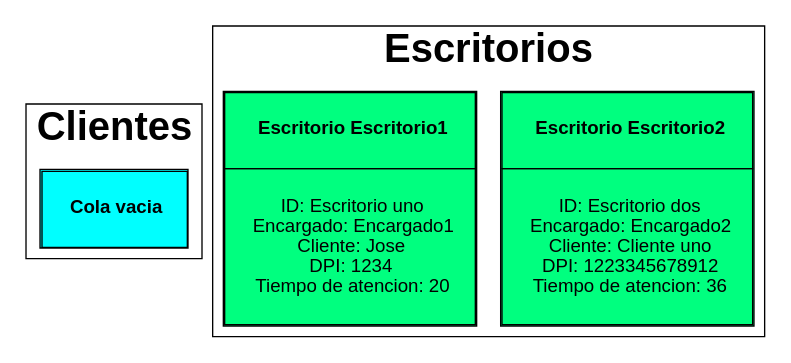
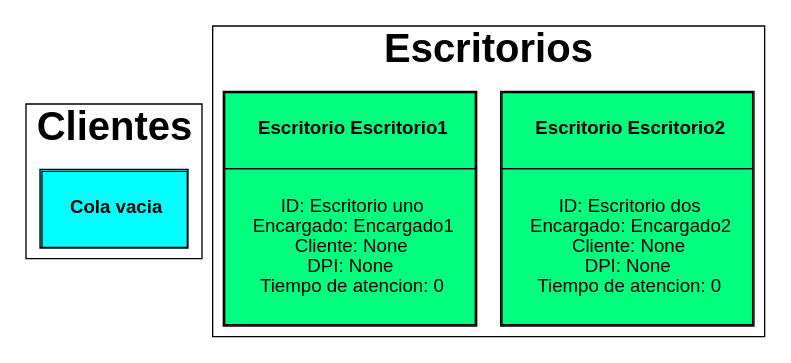
Before and after one commit to robinbuezo11/IPC2_Proyecto2_201944994: the diagram in estado.dot, drawn with Graphviz. The commit also changed 8 other files, not shown here.

```diff
--- a/estado.dot
+++ b/estado.dot
@@ -1,3 +1,1 @@
-digraph {fontname="Helventica,Arial,sans-serif" edge[dir=back] subgraph cluster0{fontsize=30 node[shape=plain style=filled pencolor="#00000" color="aqua" fontname="Helvetica,Arial,sans-serif"]Client[label=<<table cellspacing="0" cellpadding="20"><tr><td><b>Cola vacia</b></td></tr></table>>] label=<<b>Clientes</b>>} subgraph cluster1{fontsize=30 node[shape=plain style=filled pencolor="#00000" fontname="Helvetica,Arial,sans-serif"]DeskEscritorio2[color="springgreen" label=<<table cellspacing="0" cellpadding="20"><tr><td><b>Escritorio Escritorio2</b></td></tr><tr><td>ID: Escritorio dos<br/>Encargado: Encargado2<br/>Cliente: Cliente uno<br/>DPI: 1223345678912
-<br/>Tiempo de atencion: 36</td></tr></table>>]DeskEscritorio1[color="springgreen" label=<<table cellspacing="0" cellpadding="20"><tr><td><b>Escritorio Escritorio1</b></td></tr><tr><td>ID: Escritorio uno<br/>Encargado: Encargado1<br/>Cliente: Jose<br/>DPI: 1234
-<br/>Tiempo de atencion: 20</td></tr></table>>] label=<<b>Escritorios</b>>}}
+digraph {fontname="Helventica,Arial,sans-serif" edge[dir=back] subgraph cluster0{fontsize=30 node[shape=plain style=filled pencolor="#00000" color="aqua" fontname="Helvetica,Arial,sans-serif"]Client[label=<<table cellspacing="0" cellpadding="20"><tr><td><b>Cola vacia</b></td></tr></table>>] label=<<b>Clientes</b>>} subgraph cluster1{fontsize=30 node[shape=plain style=filled pencolor="#00000" fontname="Helvetica,Arial,sans-serif"]DeskEscritorio2[color="springgreen" label=<<table cellspacing="0" cellpadding="20"><tr><td><b>Escritorio Escritorio2</b></td></tr><tr><td>ID: Escritorio dos<br/>Encargado: Encargado2<br/>Cliente: None<br/>DPI: None<br/>Tiempo de atencion: 0</td></tr></table>>]DeskEscritorio1[color="springgreen" label=<<table cellspacing="0" cellpadding="20"><tr><td><b>Escritorio Escritorio1</b></td></tr><tr><td>ID: Escritorio uno<br/>Encargado: Encargado1<br/>Cliente: None<br/>DPI: None<br/>Tiempo de atencion: 0</td></tr></table>>] label=<<b>Escritorios</b>>}}
```
